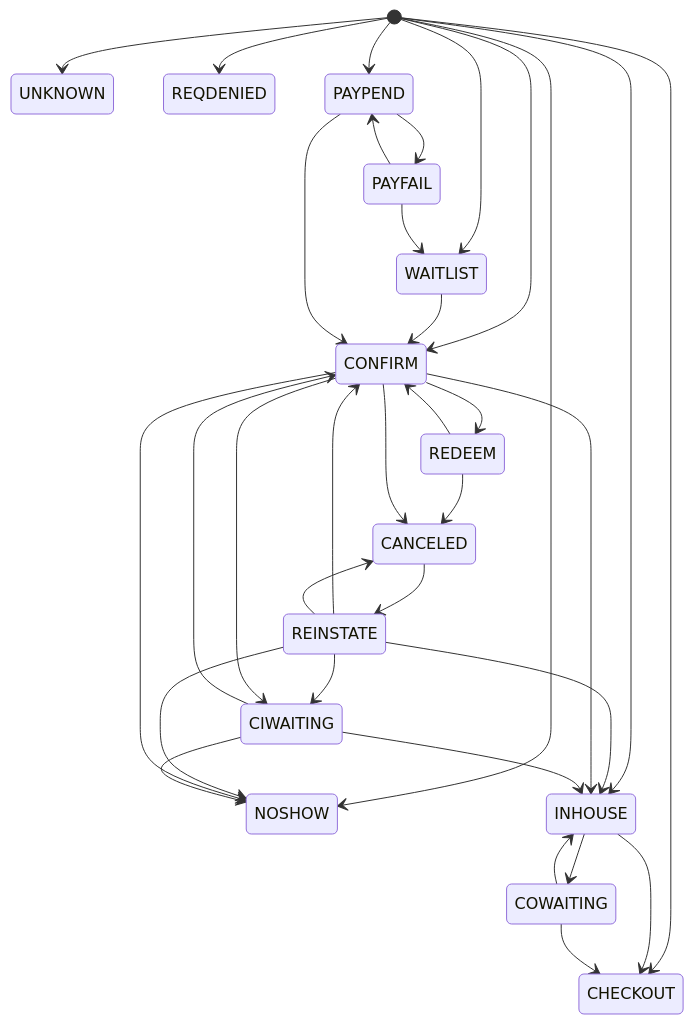
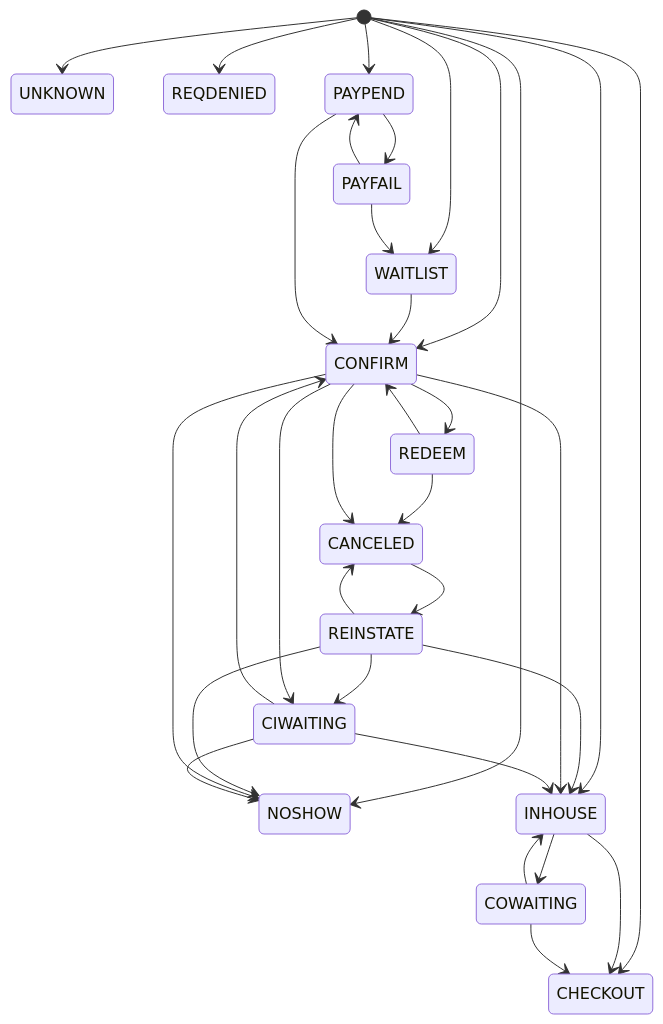
The diagram in README.MD (horngyih/reservation-state-machine), drawn with Mermaid before and after one commit. The commit also changed 1 other file, not shown here.

Commit message:
- Removed REINSTATE->CONFIRM edge

````diff
--- a/README.MD
+++ b/README.MD
@@ -27,36 +27,35 @@
 ```mermaid
 stateDiagram-v2
 [*] --> WAITLIST 
 [*]--> UNKNOWN 
 [*] --> REQDENIED 
 [*] --> PAYPEND 
 [*] --> NOSHOW 
 [*] --> INHOUSE 
 [*] --> CONFIRM 
 [*] --> CHECKOUT 
 WAITLIST --> CONFIRM 
 REINSTATE --> NOSHOW 
 REINSTATE --> INHOUSE 
-REINSTATE --> CONFIRM 
 REINSTATE --> CIWAITING 
 REINSTATE --> CANCELED 
 REDEEM --> CONFIRM 
 REDEEM --> CANCELED 
 PAYPEND --> PAYFAIL 
 PAYPEND --> CONFIRM 
 PAYFAIL --> WAITLIST 
 PAYFAIL --> PAYPEND 
 INHOUSE --> COWAITING 
 INHOUSE --> CHECKOUT 
 COWAITING --> INHOUSE 
 COWAITING --> CHECKOUT 
 CONFIRM --> REDEEM 
 CONFIRM --> NOSHOW 
 CONFIRM --> INHOUSE 
 CONFIRM --> CIWAITING 
 CONFIRM --> CANCELED 
 CIWAITING --> NOSHOW 
 CIWAITING --> INHOUSE 
 CIWAITING --> CONFIRM 
 CANCELED --> REINSTATE 
 ```
````
